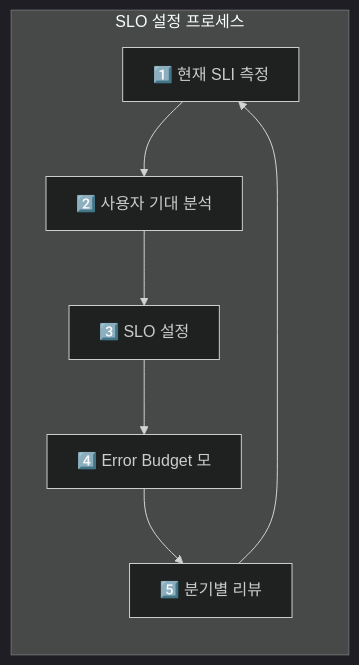
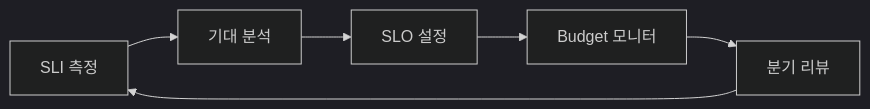
One commit to yjkim2015/yjkim2015.github.io changed the third of 8 diagrams in _posts/monitoring/2026-05-03-sre-golden-signals.md. Above: the diagram before and after it, drawn with Mermaid (dark theme). The commit also changed other lines of this file and 155 other files, not shown here.

First line of the commit message:
Mermaid 전면 수정: subgraph 제거, participant/노드/줄수 축소 (342블록)

````diff
--- a/_posts/monitoring/2026-05-03-sre-golden-signals.md
+++ b/_posts/monitoring/2026-05-03-sre-golden-signals.md
@@ -223,10 +223,8 @@
 ```mermaid
 graph LR
-    subgraph "SLO 설정 프로세스"
-        MEASURE["1️⃣ 현재 SLI 측정"] --> ANALYZE["2️⃣ 사용자 기대 분석"]
-        ANALYZE --> SET["3️⃣ SLO 설정"]
-        SET --> MONITOR["4️⃣ Error Budget 모"]
-        MONITOR --> REVIEW["5️⃣ 분기별 리뷰"]
-        REVIEW --> MEASURE
-    end
+    MEASURE["SLI 측정"] --> ANALYZE["기대 분석"]
+    ANALYZE --> SET["SLO 설정"]
+    SET --> MONITOR["Budget 모니터"]
+    MONITOR --> REVIEW["분기 리뷰"]
+    REVIEW --> MEASURE
 ```
````
